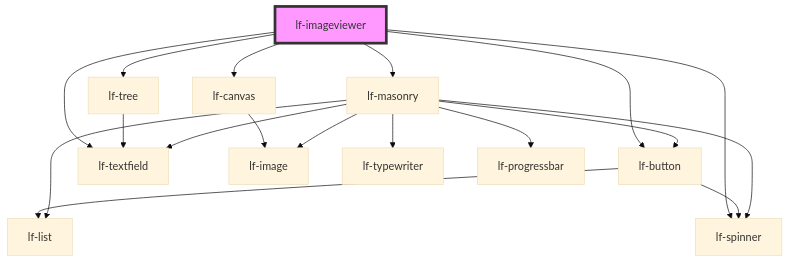
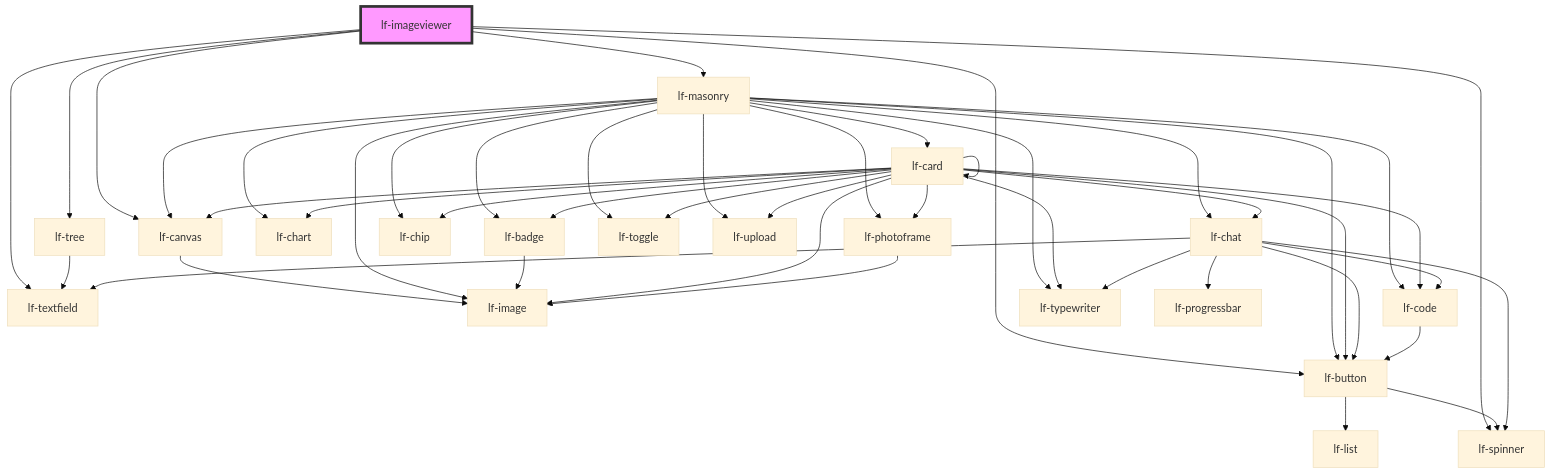
One commit to lucafoscili/lf-widgets changed the diagram in packages/core/src/components/lf-imageviewer/readme.md. Above: the diagram before and after it, drawn with Mermaid (base theme). The commit also changed 68 other files, not shown here.

````diff
--- a/packages/core/src/components/lf-imageviewer/readme.md
+++ b/packages/core/src/components/lf-imageviewer/readme.md
@@ -194,21 +194,49 @@
 ```mermaid
 graph TD;
   lf-imageviewer --> lf-canvas
   lf-imageviewer --> lf-button
   lf-imageviewer --> lf-spinner
   lf-imageviewer --> lf-tree
   lf-imageviewer --> lf-masonry
   lf-imageviewer --> lf-textfield
   lf-canvas --> lf-image
   lf-button --> lf-list
   lf-button --> lf-spinner
   lf-tree --> lf-textfield
-  lf-masonry --> lf-list
-  lf-masonry --> lf-spinner
+  lf-masonry --> lf-badge
+  lf-masonry --> lf-button
+  lf-masonry --> lf-canvas
+  lf-masonry --> lf-card
+  lf-masonry --> lf-chart
+  lf-masonry --> lf-chat
+  lf-masonry --> lf-chip
+  lf-masonry --> lf-code
   lf-masonry --> lf-image
-  lf-masonry --> lf-button
+  lf-masonry --> lf-photoframe
+  lf-masonry --> lf-toggle
   lf-masonry --> lf-typewriter
-  lf-masonry --> lf-progressbar
-  lf-masonry --> lf-textfield
+  lf-masonry --> lf-upload
+  lf-badge --> lf-image
+  lf-card --> lf-badge
+  lf-card --> lf-button
+  lf-card --> lf-canvas
+  lf-card --> lf-card
+  lf-card --> lf-chart
+  lf-card --> lf-chat
+  lf-card --> lf-chip
+  lf-card --> lf-code
+  lf-card --> lf-image
+  lf-card --> lf-photoframe
+  lf-card --> lf-toggle
+  lf-card --> lf-typewriter
+  lf-card --> lf-upload
+  lf-chat --> lf-spinner
+  lf-chat --> lf-code
+  lf-chat --> lf-button
+  lf-chat --> lf-typewriter
+  lf-chat --> lf-progressbar
+  lf-chat --> lf-textfield
+  lf-code --> lf-button
+  lf-photoframe --> lf-image
   style lf-imageviewer fill:#f9f,stroke:#333,stroke-width:4px
 ```
````
